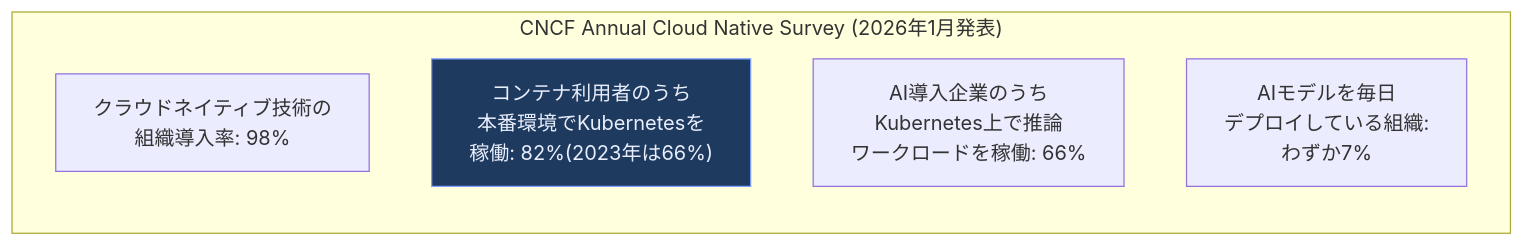
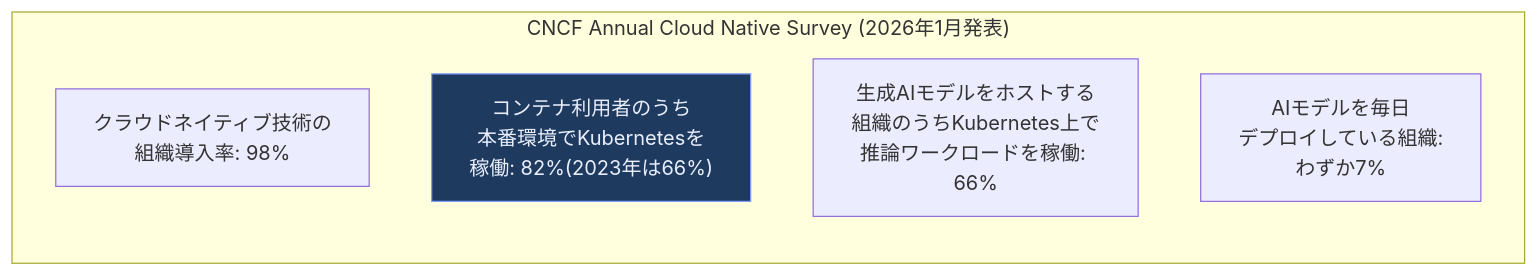
One commit to myoshi2891/Cloud-Infrastructure-Studies changed diagram 40 of 41 in Kubernetes-in-Action.md. Above: the diagram before and after it, drawn with Mermaid. The commit also changed other lines of this file, not shown here.

````diff
--- a/Kubernetes-in-Action.md
+++ b/Kubernetes-in-Action.md
@@ -1246,13 +1251,13 @@
 ```mermaid
 flowchart TB
     subgraph STATS["CNCF Annual Cloud Native Survey (2026年1月発表)"]
         direction TB
         S1["クラウドネイティブ技術の<br/>組織導入率: 98%"]
         S2["コンテナ利用者のうち<br/>本番環境でKubernetesを<br/>稼働: 82%(2023年は66%)"]
-        S3["AI導入企業のうち<br/>Kubernetes上で推論<br/>ワークロードを稼働: 66%"]
+        S3["生成AIモデルをホストする<br/>組織のうちKubernetes上で<br/>推論ワークロードを稼働: 66%"]
         S4["AIモデルを毎日<br/>デプロイしている組織:<br/>わずか7%"]
     end
 
     classDef highlightFill fill:#1f3a5f,stroke:#7c9eff,color:#e8eefc
     class S2 highlightFill
 ```
````
